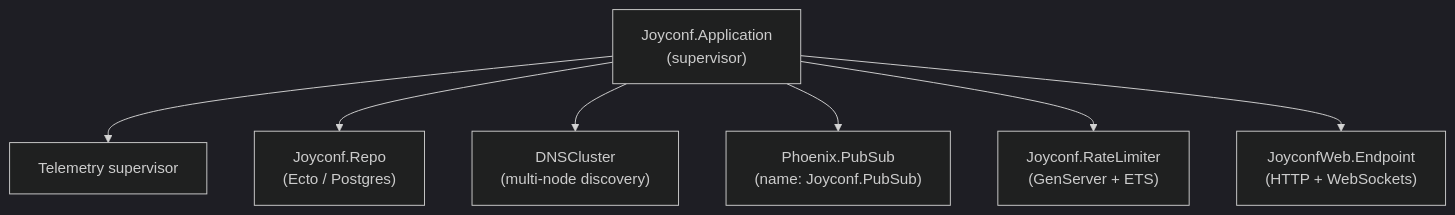
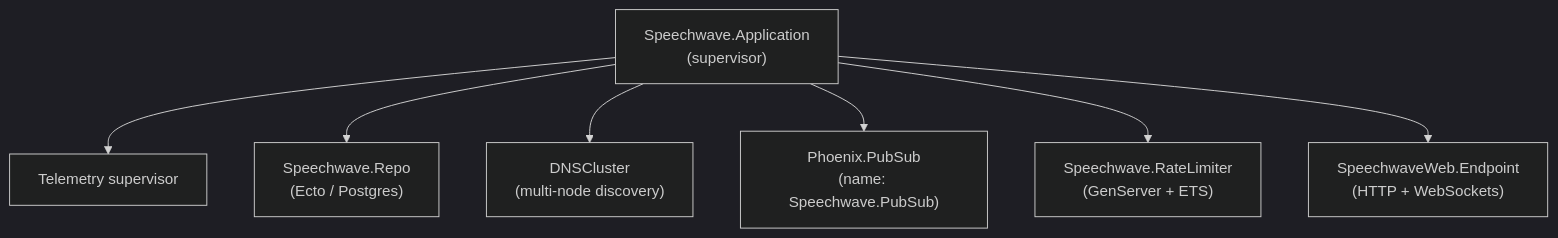
The fifth of 5 diagrams in docs/explainer.md (grymoire7/joyconf), drawn with Mermaid (dark theme) before and after one commit. The commit also changed other lines of this file and 114 other files, not shown here.

First line of the commit message:
refactor: rename joyconf → speechwave throughout codebase

````diff
--- a/docs/explainer.md
+++ b/docs/explainer.md
@@ -461,9 +461,9 @@
 ```mermaid
 graph TD
-    APP["Joyconf.Application\n(supervisor)"] --> TEL["Telemetry supervisor"]
-    APP --> REPO["Joyconf.Repo\n(Ecto / Postgres)"]
+    APP["Speechwave.Application\n(supervisor)"] --> TEL["Telemetry supervisor"]
+    APP --> REPO["Speechwave.Repo\n(Ecto / Postgres)"]
     APP --> DNS["DNSCluster\n(multi-node discovery)"]
-    APP --> PS["Phoenix.PubSub\n(name: Joyconf.PubSub)"]
-    APP --> RL["Joyconf.RateLimiter\n(GenServer + ETS)"]
-    APP --> EP["JoyconfWeb.Endpoint\n(HTTP + WebSockets)"]
+    APP --> PS["Phoenix.PubSub\n(name: Speechwave.PubSub)"]
+    APP --> RL["Speechwave.RateLimiter\n(GenServer + ETS)"]
+    APP --> EP["SpeechwaveWeb.Endpoint\n(HTTP + WebSockets)"]
 ```
````
